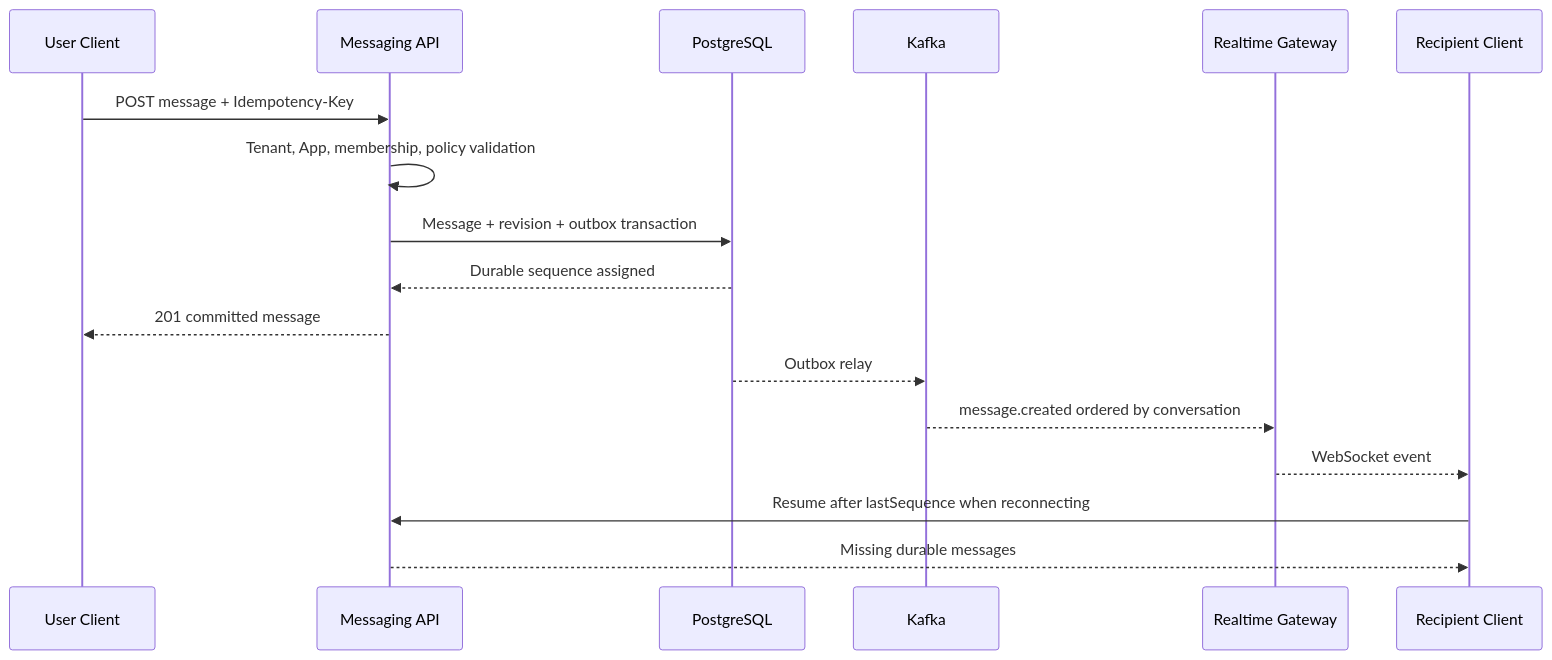
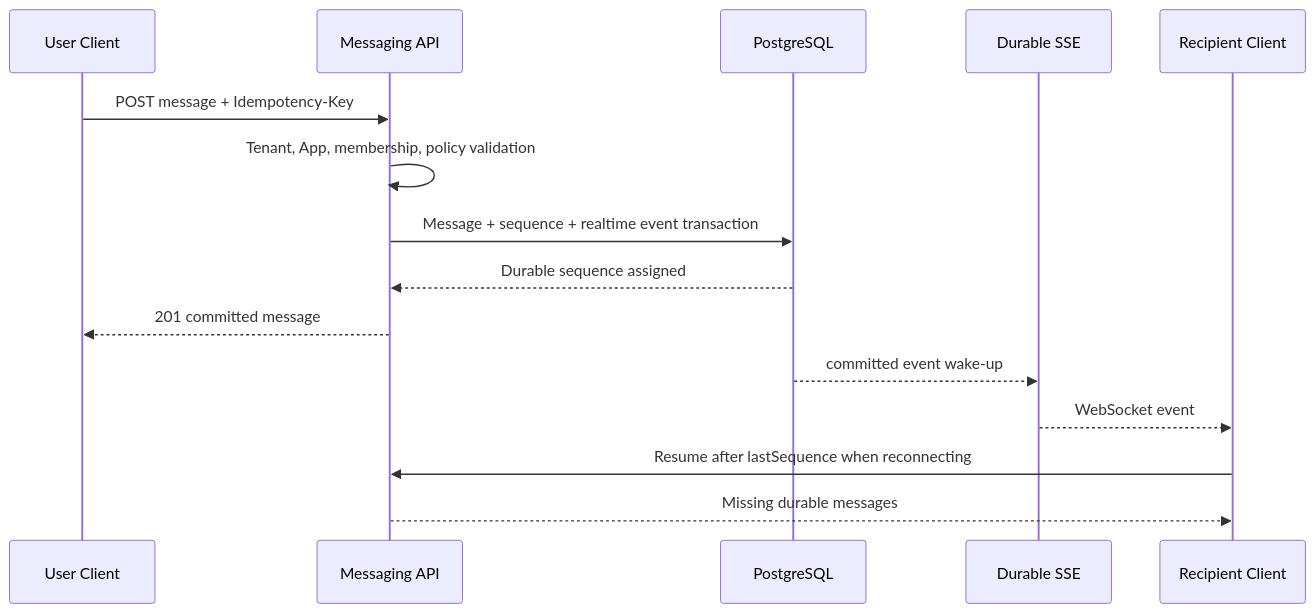
The second of 3 diagrams in docs/03-architecture/R1 Enterprise Messaging Platform ADR.md (choijoonbin/dwp-frontend), drawn with Mermaid before and after one commit. The commit also changed other lines of this file and 209 other files, not shown here.

````diff
--- a/docs/03-architecture/R1 Enterprise Messaging Platform ADR.md
+++ b/docs/03-architecture/R1 Enterprise Messaging Platform ADR.md
@@ -73,19 +89,17 @@
 ```mermaid
 sequenceDiagram
     participant U as User Client
     participant A as Messaging API
     participant D as PostgreSQL
-    participant K as Kafka
-    participant R as Realtime Gateway
+    participant R as Durable SSE
     participant V as Recipient Client
     U->>A: POST message + Idempotency-Key
     A->>A: Tenant, App, membership, policy validation
-    A->>D: Message + revision + outbox transaction
+    A->>D: Message + sequence + realtime event transaction
     D-->>A: Durable sequence assigned
     A-->>U: 201 committed message
-    D-->>K: Outbox relay
-    K-->>R: message.created ordered by conversation
+    D-->>R: committed event wake-up
     R-->>V: WebSocket event
     V->>A: Resume after lastSequence when reconnecting
     A-->>V: Missing durable messages
 ```
````
